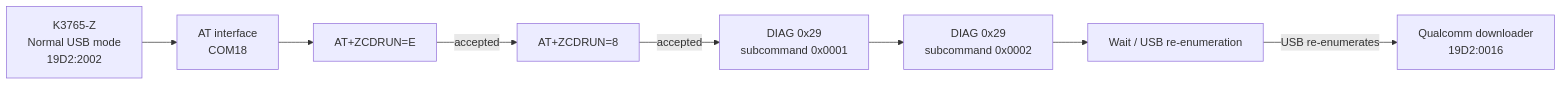
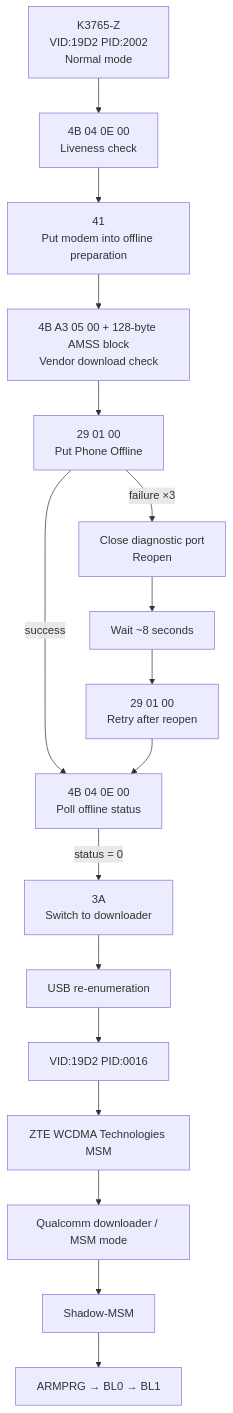
One commit to Flashbang-Time/Shadow-MSM changed the first of 2 diagrams in README.md. Above: the diagram before and after it, drawn with Mermaid.

Commit message:
Final downloader update

````diff
--- a/README.md
+++ b/README.md
@@ -85,19 +85,25 @@
 ```mermaid
-flowchart LR
-    MODEM["K3765-Z<br/>Normal USB mode<br/>19D2:2002"]
-    AT["AT interface<br/>COM18"]
-    E["AT+ZCDRUN=E"]
-    S8["AT+ZCDRUN=8"]
-    D1["DIAG 0x29<br/>subcommand 0x0001"]
-    D2["DIAG 0x29<br/>subcommand 0x0002"]
-    WAIT["Wait / USB re-enumeration"]
-    DL["Qualcomm downloader<br/>19D2:0016"]
-
-    MODEM --> AT
-    AT --> E
-    E -->|"accepted"| S8
-    S8 -->|"accepted"| D1
-    D1 --> D2
-    D2 --> WAIT
-    WAIT -->|"USB re-enumerates"| DL
+flowchart TD
+    A["K3765-Z<br/>VID:19D2 PID:2002<br/>Normal mode"] --> B["4B 04 0E 00<br/>Liveness check"]
+    B --> C["41<br/>Put modem into offline preparation"]
+    
+    C --> D["4B A3 05 00 + 128-byte AMSS block<br/>Vendor download check"]
+    
+    D --> E["29 01 00<br/>Put Phone Offline"]
+    E -->|"success"| F["4B 04 0E 00<br/>Poll offline status"]
+    E -->|"failure ×3"| G["Close diagnostic port<br/>Reopen"]
+    G --> H["Wait ~8 seconds"]
+    H --> I["29 01 00<br/>Retry after reopen"]
+    I --> F
+    
+    F -->|"status = 0"| J["3A<br/>Switch to downloader"]
+    
+    J --> K["USB re-enumeration"]
+    
+    K --> L["VID:19D2 PID:0016"]
+    L --> M["ZTE WCDMA Technologies MSM"]
+    
+    M --> N["Qualcomm downloader / MSM mode"]
+    N --> O["Shadow-MSM"]
+    O --> P["ARMPRG → BL0 → BL1"]
 ```
````
